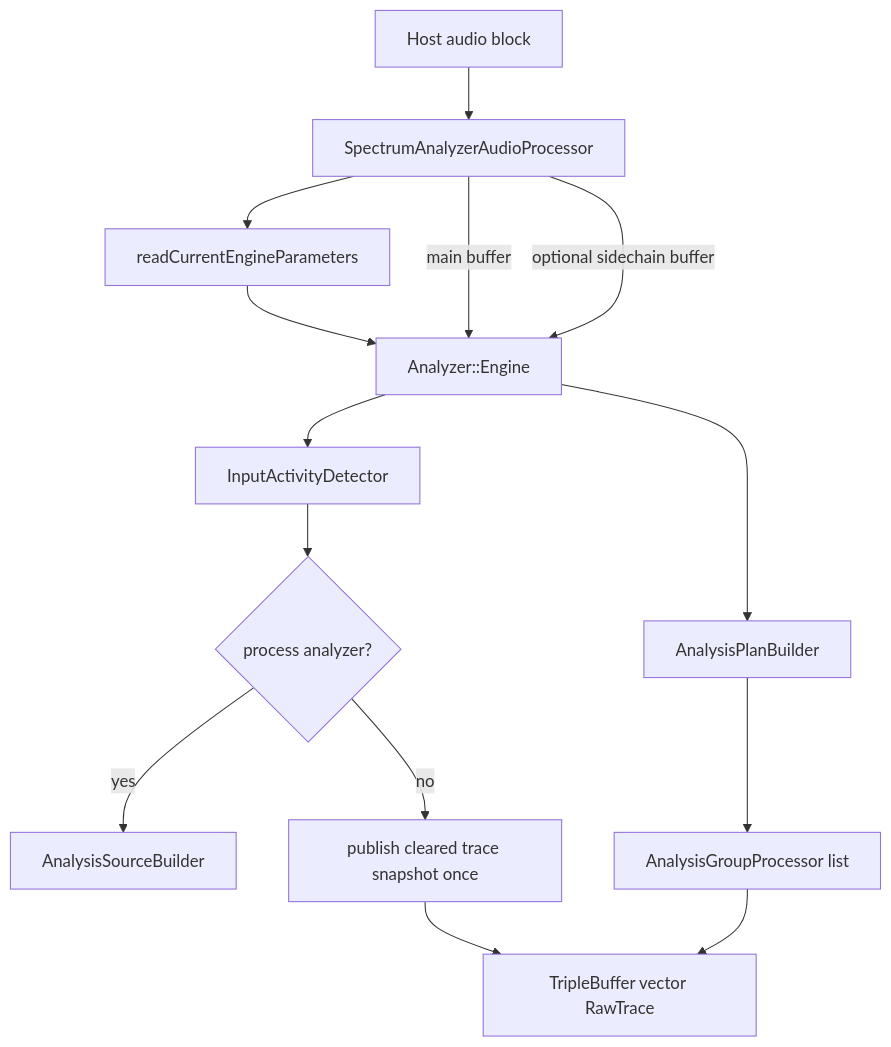
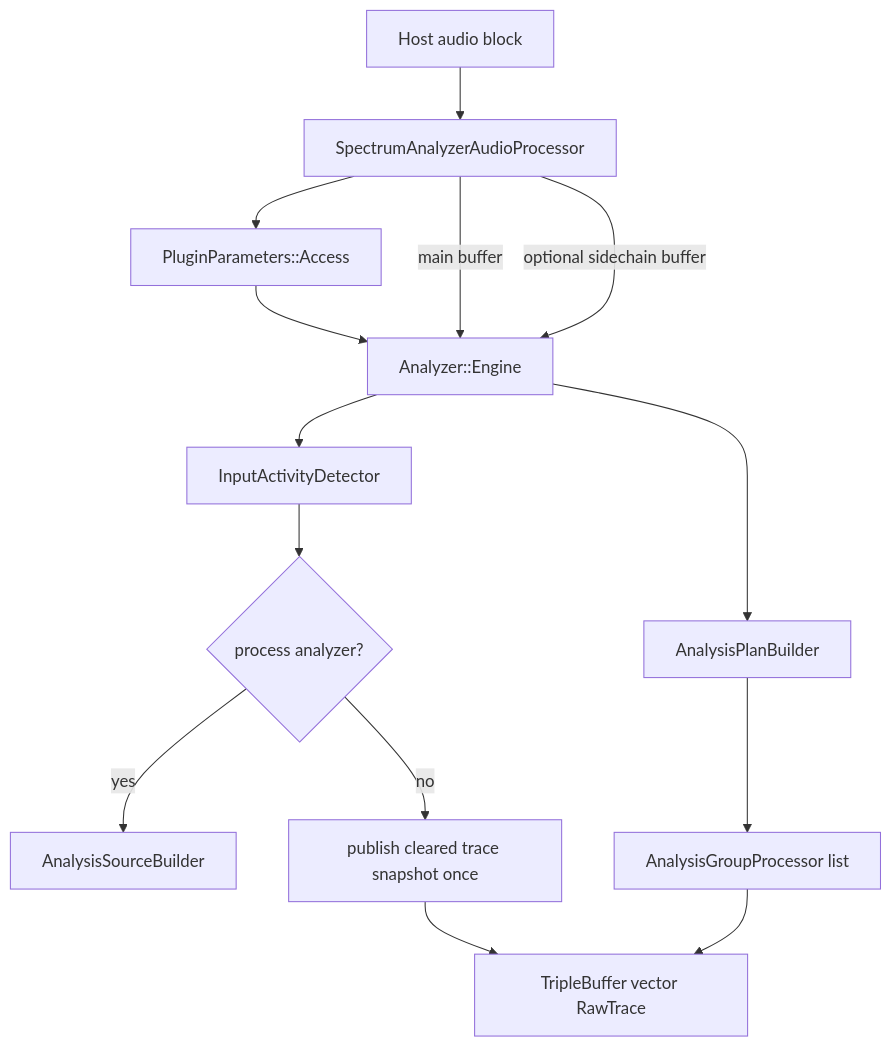
The first of 8 diagrams in docs/audio-processing-architecture.md (Silenterc/Band-Spectrum-Analyzer), drawn with Mermaid before and after one commit. The commit also changed other lines of this file and 11 other files, not shown here.

````diff
--- a/docs/audio-processing-architecture.md
+++ b/docs/audio-processing-architecture.md
@@ -7,16 +7,16 @@
 ```mermaid
 flowchart TD
     Host[Host audio block] --> Processor[SpectrumAnalyzerAudioProcessor]
-    Processor --> Params[readCurrentEngineParameters]
+    Processor --> Params[PluginParameters::Access]
     Params --> Engine[Analyzer::Engine]
     Processor -->|main buffer| Engine
     Processor -->|optional sidechain buffer| Engine
     Engine --> Activity[InputActivityDetector]
     Activity --> Gate{process analyzer?}
     Gate -->|yes| SourceBuilder[AnalysisSourceBuilder]
     Gate -->|no| Silence[publish cleared trace snapshot once]
     Engine --> PlanBuilder[AnalysisPlanBuilder]
     PlanBuilder --> Processors[AnalysisGroupProcessor list]
     Processors --> Published[TripleBuffer vector RawTrace]
     Silence --> Published
 ```
````
